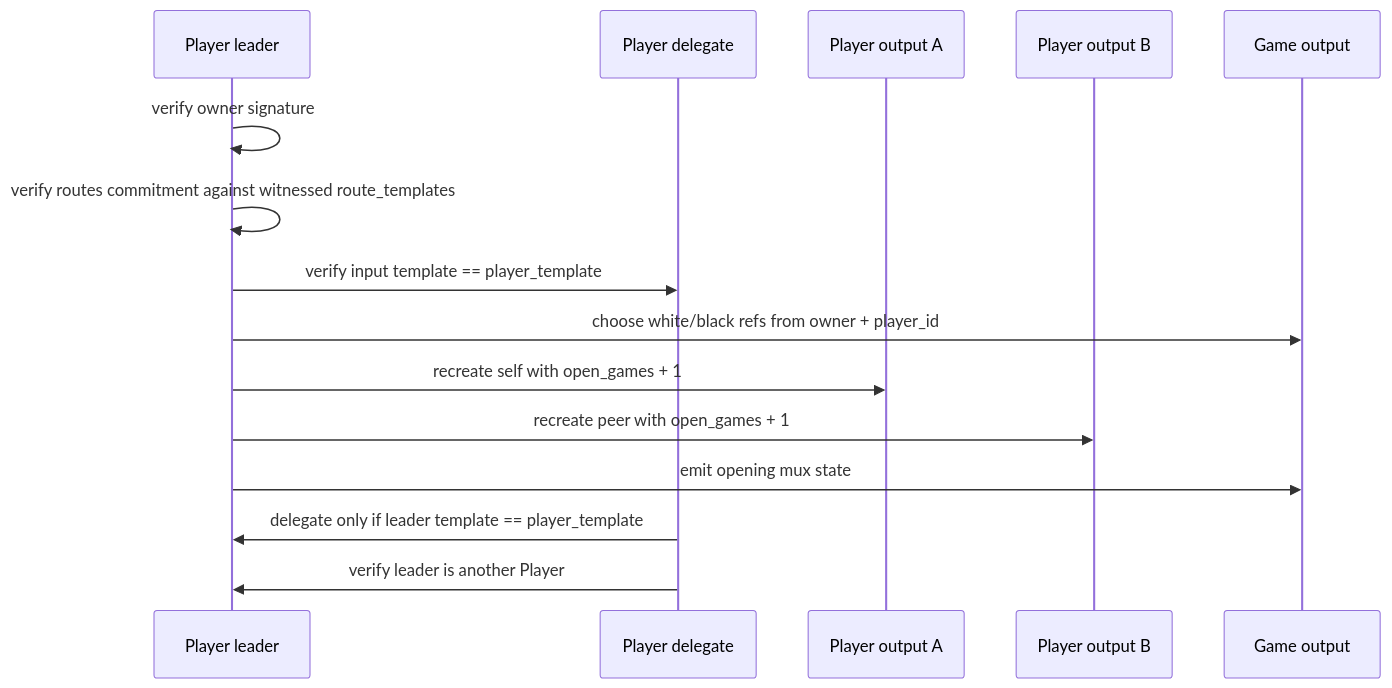
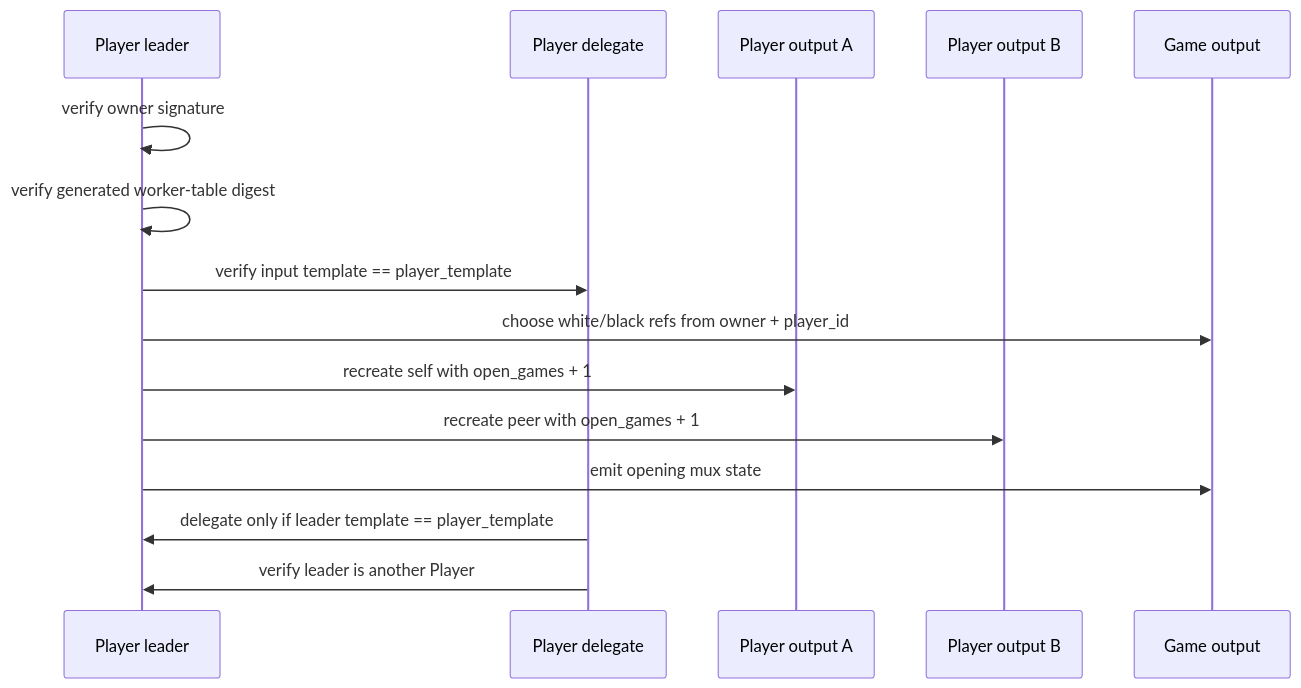
Before and after one commit to argent-lang/argent-playground: the diagram in chess/book/src/start_game.md, drawn with Mermaid. The commit also changed other lines of this file and 10 other files, not shown here.

````diff
--- a/chess/book/src/start_game.md
+++ b/chess/book/src/start_game.md
@@ -15,19 +15,19 @@
 ```mermaid
 sequenceDiagram
     participant PL as Player leader
     participant PD as Player delegate
     participant OP1 as Player output A
     participant OP2 as Player output B
     participant G as Game output
 
     PL->>PL: verify owner signature
-    PL->>PL: verify routes commitment against witnessed route_templates
+    PL->>PL: verify generated worker-table digest
     PL->>PD: verify input template == player_template
     PL->>G: choose white/black refs from owner + player_id
     PL->>OP1: recreate self with open_games + 1
     PL->>OP2: recreate peer with open_games + 1
     PL->>G: emit opening mux state
 
     PD->>PL: delegate only if leader template == player_template
     PD->>PL: verify leader is another Player
 ```
````
